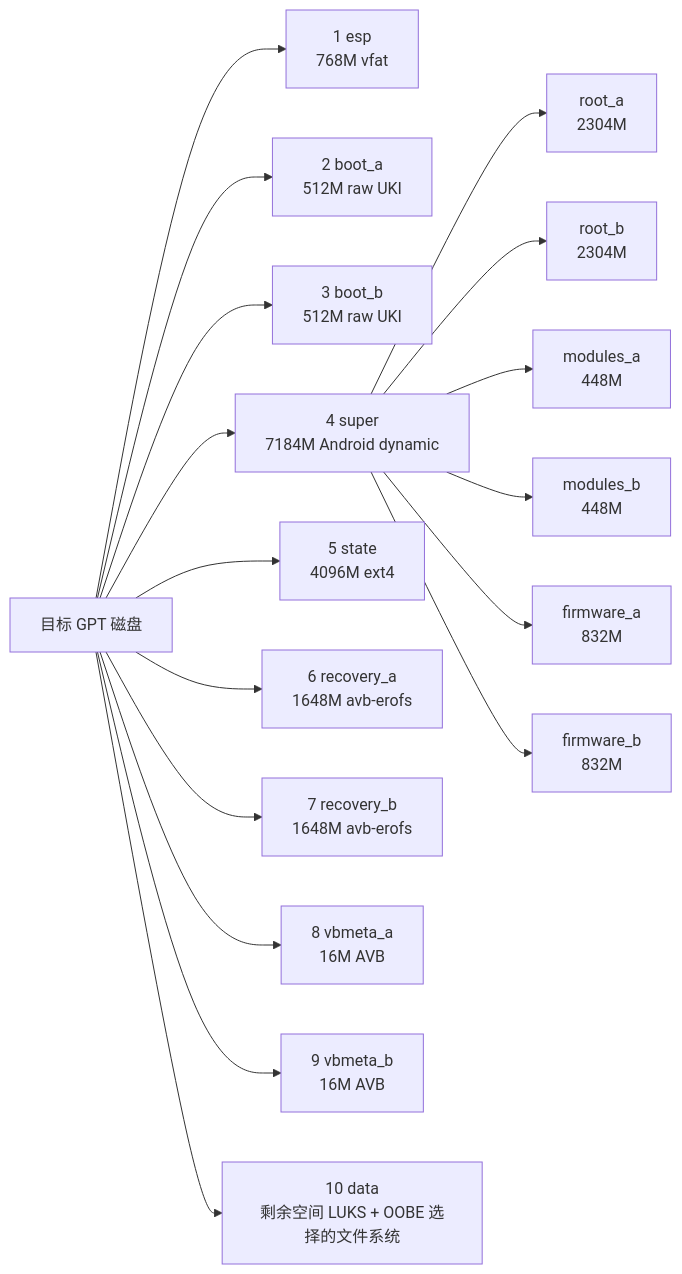
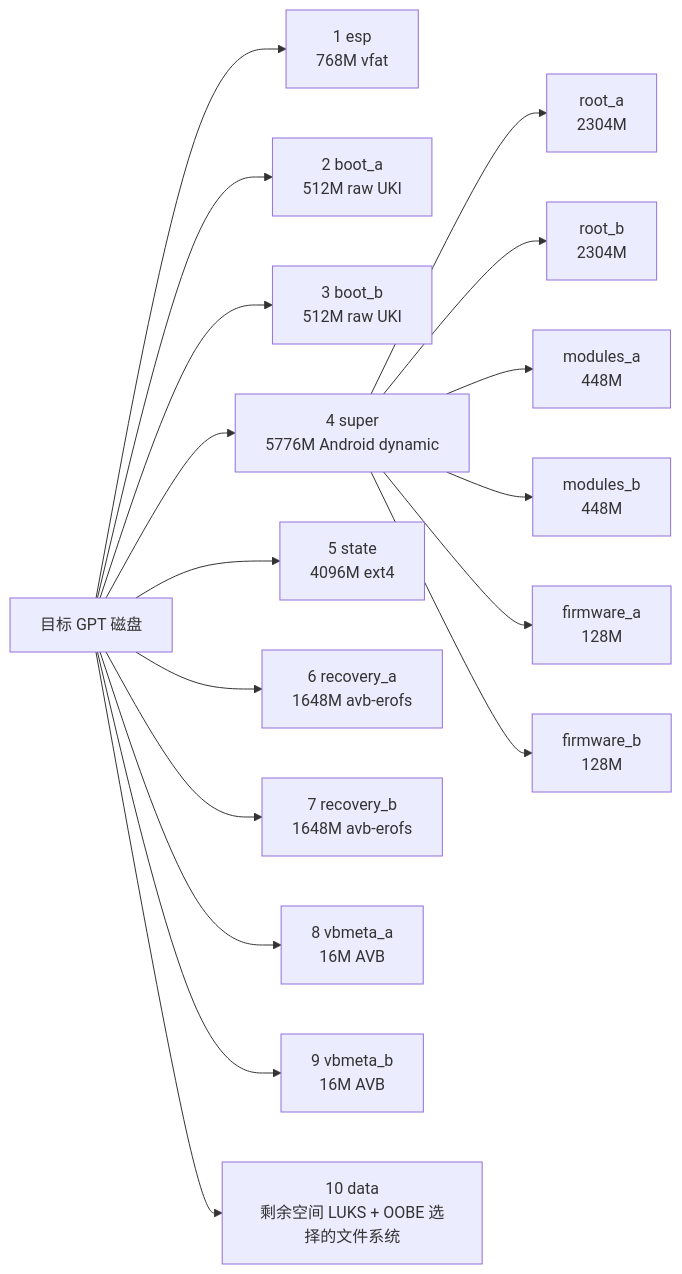
One commit to Akaishi-Tech/home-harbor changed the second of 2 diagrams in docs/zh/architecture.md. Above: the diagram before and after it, drawn with Mermaid. The commit also changed other lines of this file and 17 other files, not shown here.

````diff
--- a/docs/zh/architecture.md
+++ b/docs/zh/architecture.md
@@ -76,20 +76,20 @@
 ```mermaid
 flowchart LR
   Disk["目标 GPT 磁盘"] --> Esp["1 esp<br/>768M vfat"]
   Disk --> BootA["2 boot_a<br/>512M raw UKI"]
   Disk --> BootB["3 boot_b<br/>512M raw UKI"]
-  Disk --> Super["4 super<br/>7184M Android dynamic"]
+  Disk --> Super["4 super<br/>5776M Android dynamic"]
   Disk --> State["5 state<br/>4096M ext4"]
   Disk --> RecoveryA["6 recovery_a<br/>1648M avb-erofs"]
   Disk --> RecoveryB["7 recovery_b<br/>1648M avb-erofs"]
   Disk --> VbmetaA["8 vbmeta_a<br/>16M AVB"]
   Disk --> VbmetaB["9 vbmeta_b<br/>16M AVB"]
   Disk --> Data["10 data<br/>剩余空间 LUKS + OOBE 选择的文件系统"]
 
   Super --> RootA["root_a<br/>2304M"]
   Super --> RootB["root_b<br/>2304M"]
   Super --> ModulesA["modules_a<br/>448M"]
   Super --> ModulesB["modules_b<br/>448M"]
-  Super --> FirmwareA["firmware_a<br/>832M"]
-  Super --> FirmwareB["firmware_b<br/>832M"]
+  Super --> FirmwareA["firmware_a<br/>128M"]
+  Super --> FirmwareB["firmware_b<br/>128M"]
 ```
````
